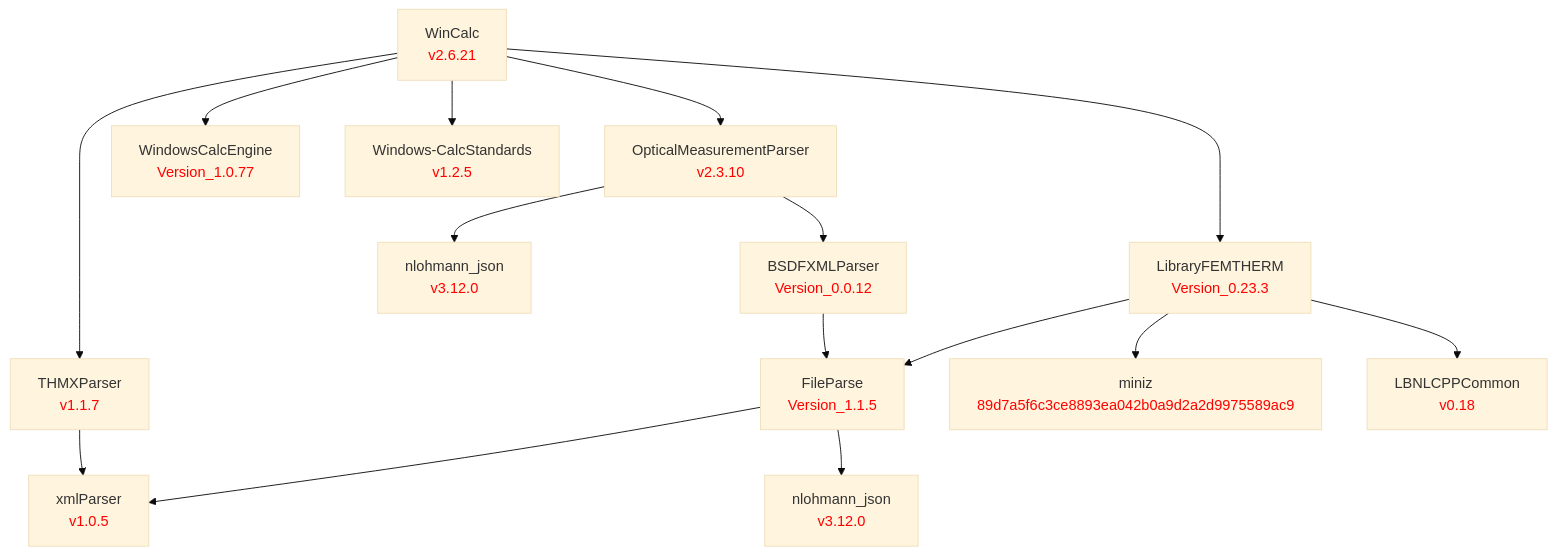
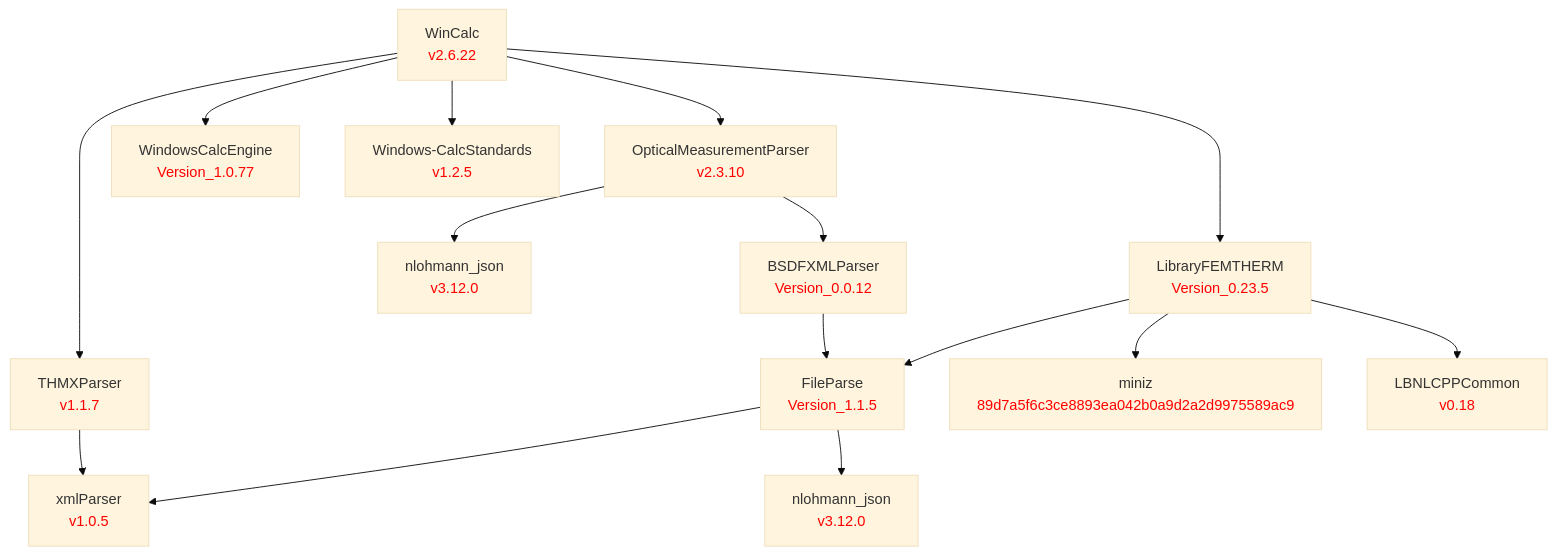
One commit to LBNL-ETA/WinCalc changed the diagram in doc/WinCalc.md. Above: the diagram before and after it, drawn with Mermaid (base theme). The commit also changed 1 other file, not shown here.

Commit message:
Bump to v2.6.22; LibraryFEMTherm Version_0.23.3 -> Version_0.23.5

````diff
--- a/doc/WinCalc.md
+++ b/doc/WinCalc.md
@@ -1,49 +1,49 @@
 ```mermaid
 graph TD
     %% Level 0
-    WinCalc[WinCalc<br/><font color='red'>v2.6.21</font>]
+    WinCalc[WinCalc<br/><font color='red'>v2.6.22</font>]
 
     %% Level 1 - direct dependencies
     OpticalMeasurementParser[OpticalMeasurementParser<br/><font color='red'>v2.3.10</font>]
     THMXParser[THMXParser<br/><font color='red'>v1.1.7</font>]
     WindowsCalcEngine[WindowsCalcEngine<br/><font color='red'>Version_1.0.77</font>]
     Windows-CalcStandards[Windows-CalcStandards<br/><font color='red'>v1.2.5</font>]
-    LibraryFEMTHERM[LibraryFEMTHERM<br/><font color='red'>Version_0.23.3</font>]
+    LibraryFEMTHERM[LibraryFEMTHERM<br/><font color='red'>Version_0.23.5</font>]
 
     %% Level 2
     nlohmann_omp[nlohmann_json<br/><font color='red'>v3.12.0</font>]
     BSDFXMLParser[BSDFXMLParser<br/><font color='red'>Version_0.0.12</font>]
     FileParse[FileParse<br/><font color='red'>Version_1.1.5</font>]
     miniz[miniz<br/><font color='red'>89d7a5f6c3ce8893ea042b0a9d2a2d9975589ac9</font>]
     LBNLCPPCommon[LBNLCPPCommon<br/><font color='red'>v0.18</font>]
 
     %% Level 3
     xmlParser[xmlParser<br/><font color='red'>v1.0.5</font>]
     nlohmann_fp[nlohmann_json<br/><font color='red'>v3.12.0</font>]
 
     %% WinCalc dependencies
     WinCalc --> OpticalMeasurementParser
     WinCalc --> THMXParser
     WinCalc --> WindowsCalcEngine
     WinCalc --> Windows-CalcStandards
     WinCalc --> LibraryFEMTHERM
 
     %% OpticalMeasurementParser dependencies
     OpticalMeasurementParser --> nlohmann_omp
     OpticalMeasurementParser --> BSDFXMLParser
 
     %% LibraryFEMTHERM dependencies
     LibraryFEMTHERM --> FileParse
     LibraryFEMTHERM --> miniz
     LibraryFEMTHERM --> LBNLCPPCommon
 
     %% BSDFXMLParser dependencies
     BSDFXMLParser --> FileParse
 
     %% FileParse dependencies
     FileParse --> xmlParser
     FileParse --> nlohmann_fp
 
     %% THMXParser dependencies
     THMXParser --> xmlParser
 ```
````
